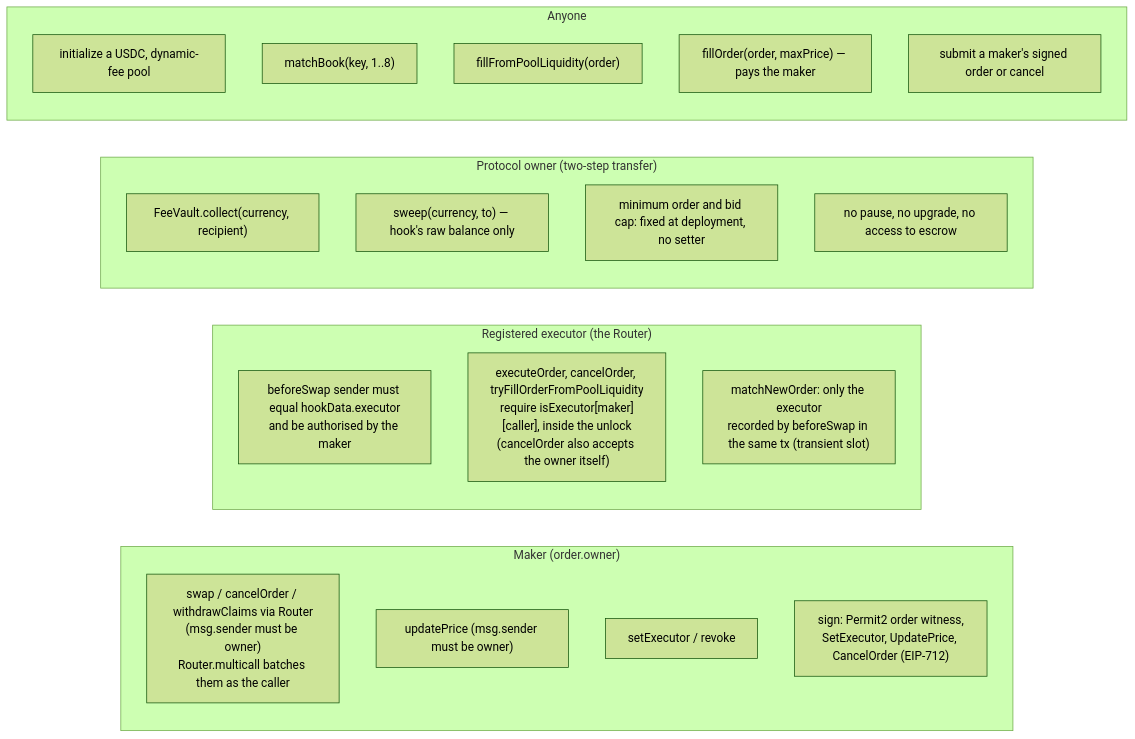
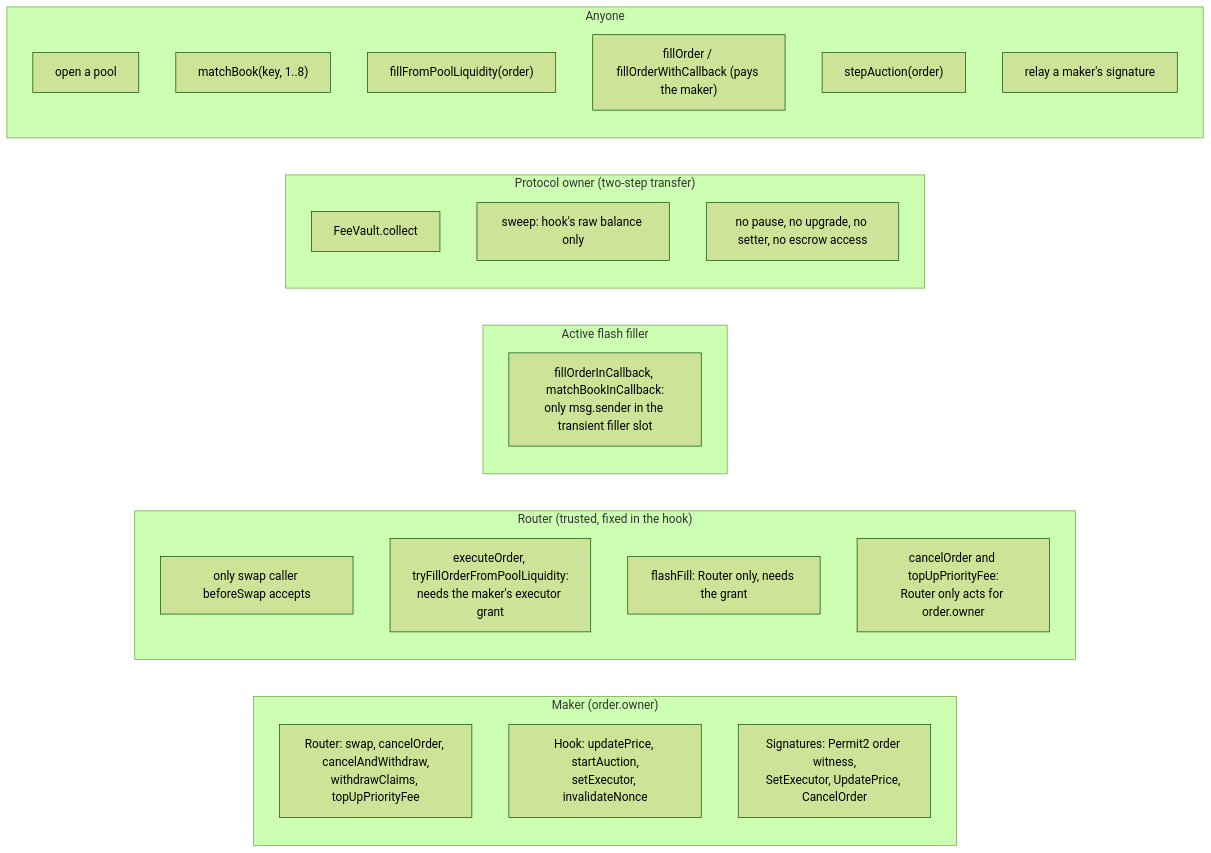
One commit to asyncswap/contracts changed the fourth of 6 diagrams in docs/protocol.md. Above: the diagram before and after it, drawn with Mermaid (forest theme). The commit also changed other lines of this file and 10 other files, not shown here.

````diff
--- a/docs/protocol.md
+++ b/docs/protocol.md
@@ -272,27 +187,30 @@
 ```mermaid
 flowchart LR
     subgraph MakerRights["Maker (order.owner)"]
-        m1["swap / cancelOrder / withdrawClaims via Router<br/>(msg.sender must be owner)<br/>Router.multicall batches them as the caller"]
-        m2["updatePrice (msg.sender must be owner)"]
-        m3["setExecutor / revoke"]
-        m4["sign: Permit2 order witness,<br/>SetExecutor, UpdatePrice, CancelOrder (EIP-712)"]
+        m1["Router: swap, cancelOrder, cancelAndWithdraw,<br/>withdrawClaims, topUpPriorityFee"]
+        m2["Hook: updatePrice, startAuction,<br/>setExecutor, invalidateNonce"]
+        m3["Signatures: Permit2 order witness,<br/>SetExecutor, UpdatePrice, CancelOrder"]
     end
-    subgraph ExecutorRights["Registered executor (the Router)"]
-        e1["beforeSwap sender must equal hookData.executor<br/>and be authorised by the maker"]
-        e2["executeOrder, cancelOrder, tryFillOrderFromPoolLiquidity<br/>require isExecutor[maker][caller], inside the unlock<br/>(cancelOrder also accepts the owner itself)"]
-        e3["matchNewOrder: only the executor<br/>recorded by beforeSwap in the same tx (transient slot)"]
+    subgraph RouterRights["Router (trusted, fixed in the hook)"]
+        r1["only swap caller beforeSwap accepts"]
+        r2["executeOrder, tryFillOrderFromPoolLiquidity:<br/>needs the maker's executor grant"]
+        r3["flashFill: Router only, needs the grant"]
+        r4["cancelOrder and topUpPriorityFee:<br/>Router only acts for order.owner"]
+    end
+    subgraph FlashRights["Active flash filler"]
+        f1["fillOrderInCallback, matchBookInCallback:<br/>only msg.sender in the transient filler slot"]
     end
     subgraph OwnerRights["Protocol owner (two-step transfer)"]
-        o1["FeeVault.collect(currency, recipient)"]
-        o2["sweep(currency, to) — hook's raw balance only"]
-        o3["minimum order and bid cap: fixed at deployment, no setter"]
-        o4["no pause, no upgrade, no access to escrow"]
+        o1["FeeVault.collect"]
+        o2["sweep: hook's raw balance only"]
+        o3["no pause, no upgrade, no setter, no escrow access"]
     end
     subgraph Public["Anyone"]
-        p0["initialize a USDC, dynamic-fee pool"]
-        p1["matchBook(key, 1..8)"]
-        p2["fillFromPoolLiquidity(order)"]
-        p3["fillOrder(order, maxPrice) — pays the maker"]
-        p4["submit a maker's signed order or cancel"]
+        p1["open a pool"]
+        p2["matchBook(key, 1..8)"]
+        p3["fillFromPoolLiquidity(order)"]
+        p4["fillOrder / fillOrderWithCallback (pays the maker)"]
+        p5["stepAuction(order)"]
+        p6["relay a maker's signature"]
     end
 ```
````
